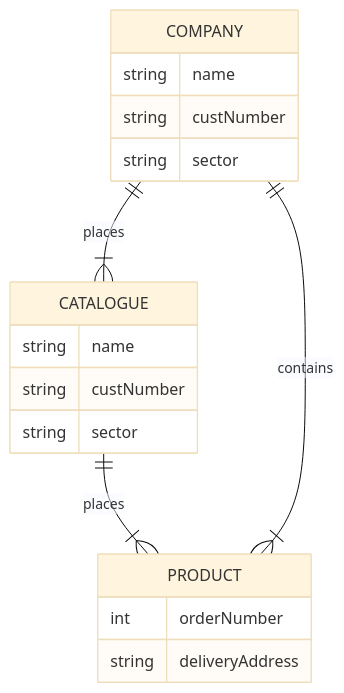
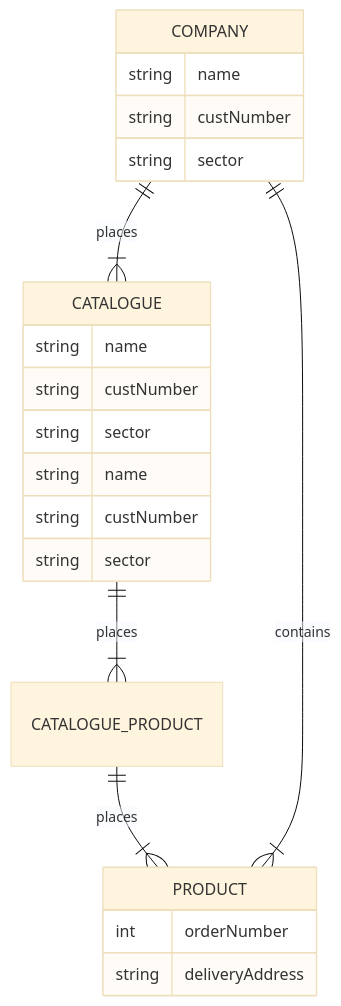
The diagram in index.md (Summito2/summito.github.io), drawn with Mermaid (base theme) before and after one commit.

````diff
--- a/index.md
+++ b/index.md
@@ -3,21 +3,27 @@
 ```mermaid
 erDiagram
     COMPANY ||--|{ CATALOGUE : places
     COMPANY {
         string name
         string custNumber
         string sector
     }
-    CATALOGUE ||--|{ PRODUCT : places
+    CATALOGUE ||--|{ CATALOGUE_PRODUCT : places
+    CATALOGUE {
+        string name
+        string custNumber
+        string sector
+    }
+    CATALOGUE_PRODUCT ||--|{ PRODUCT : places
     CATALOGUE {
         string name
         string custNumber
         string sector
     }
     COMPANY ||--|{ PRODUCT : contains
     PRODUCT {
         int orderNumber
         string deliveryAddress
     
     }
 ```
````
